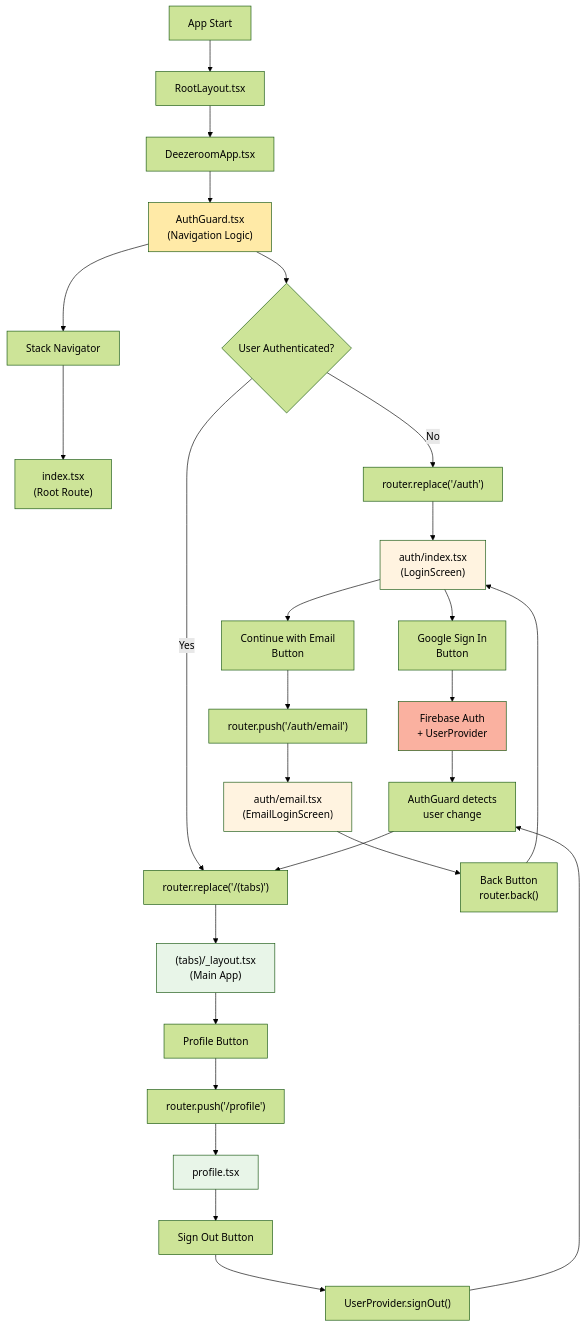
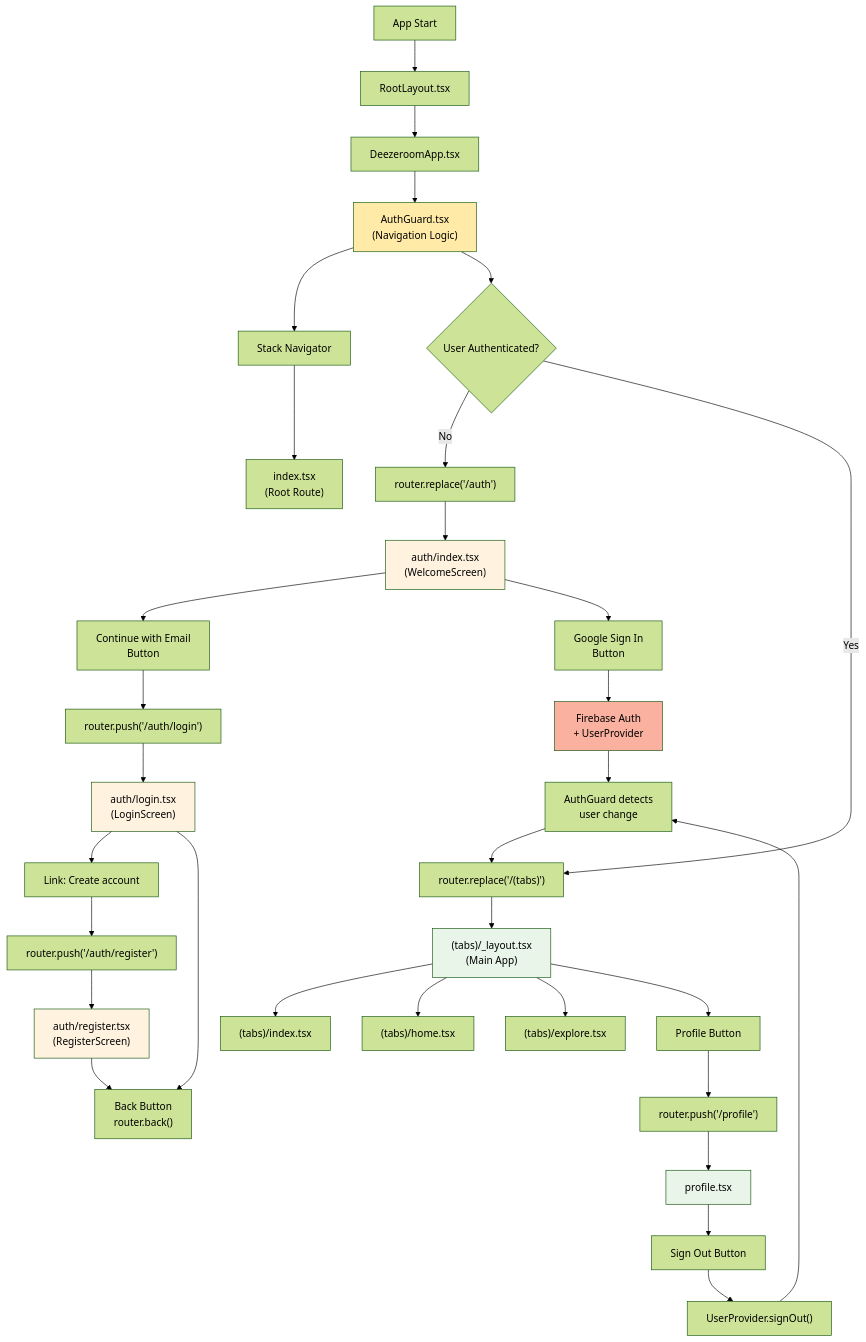
Before and after one commit to jesuisstan/deezeroom: the diagram in README.md, drawn with Mermaid (forest theme). The commit also changed other lines of this file, not shown here.

Commit message:
readme updated

````diff
--- a/README.md
+++ b/README.md
@@ -85,40 +85,47 @@
 ```mermaid
 graph TD
     A["App Start"] --> B["RootLayout.tsx"]
     B --> C["DeezeroomApp.tsx"]
     C --> D["AuthGuard.tsx<br/>(Navigation Logic)"]
     D --> E["Stack Navigator"]
     E --> F["index.tsx<br/>(Root Route)"]
 
     D --> G{"User Authenticated?"}
 
     G -->|No| H["router.replace('/auth')"]
     G -->|Yes| I["router.replace('/(tabs)')"]
 
-    H --> J["auth/index.tsx<br/>(LoginScreen)"]
+    H --> J["auth/index.tsx<br/>(WelcomeScreen)"]
     J --> K["Continue with Email<br/>Button"]
-    K --> L["router.push('/auth/email')"]
-    L --> M["auth/email.tsx<br/>(EmailLoginScreen)"]
+    K --> L["router.push('/auth/login')"]
+    L --> M["auth/login.tsx<br/>(LoginScreen)"]
+    M --> X["Link: Create account"]
+    X --> Y["router.push('/auth/register')"]
+    Y --> Z["auth/register.tsx<br/>(RegisterScreen)"]
     M --> N["Back Button<br/>router.back()"]
-    N --> J
+    Z --> N
 
     J --> O["Google Sign In<br/>Button"]
     O --> P["Firebase Auth<br/>+ UserProvider"]
     P --> Q["AuthGuard detects<br/>user change"]
     Q --> I
 
     I --> R["(tabs)/_layout.tsx<br/>(Main App)"]
+    R --> R1["(tabs)/index.tsx"]
+    R --> R2["(tabs)/home.tsx"]
+    R --> R3["(tabs)/explore.tsx"]
     R --> S["Profile Button"]
     S --> T["router.push('/profile')"]
     T --> U["profile.tsx"]
     U --> V["Sign Out Button"]
     V --> W["UserProvider.signOut()"]
     W --> Q
 
     style D fill:#ffeaa7
     style J fill:#fff3e0
     style M fill:#fff3e0
+    style Z fill:#fff3e0
     style R fill:#e8f5e8
     style U fill:#e8f5e8
     style P fill:#fab1a0
 ```
````
